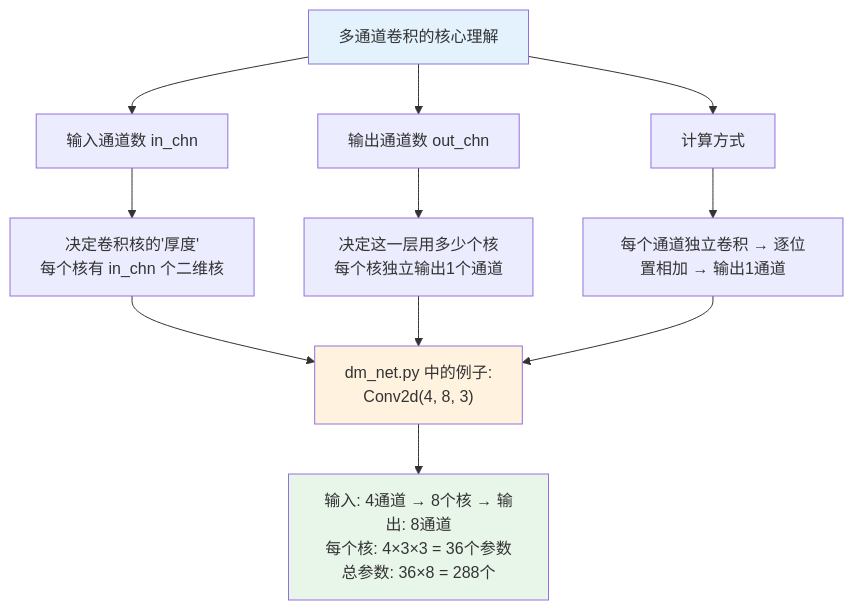
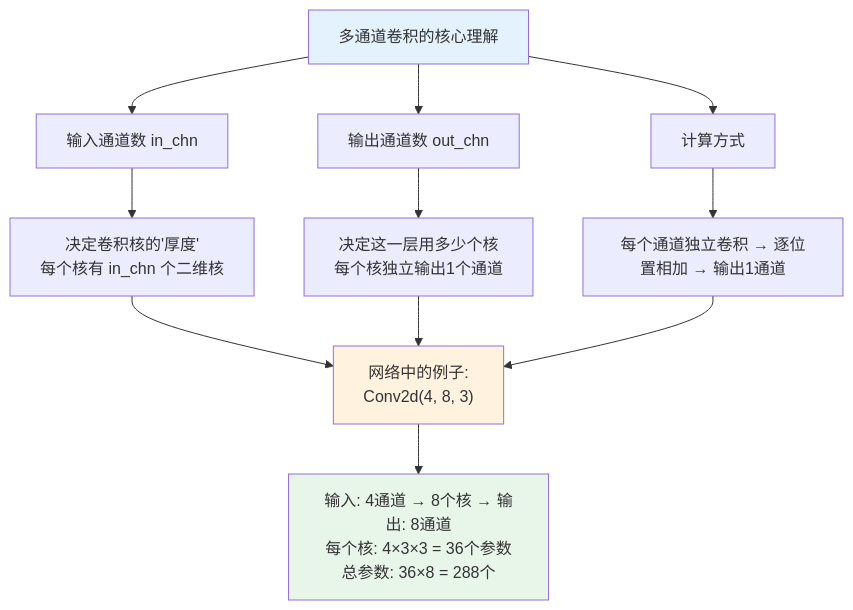
The fourth of 4 diagrams in content/AI/4 深度学习/2.2 多通道卷积.md (bluhuang/blogs-of-bluhuang), drawn with Mermaid before and after one commit. The commit also changed other lines of this file and 58 other files, not shown here.

````diff
--- a/content/AI/4 深度学习/2.2 多通道卷积.md
+++ b/content/AI/4 深度学习/2.2 多通道卷积.md
@@ -516,20 +516,20 @@
 ```mermaid
 flowchart TD
     A[多通道卷积的核心理解] --> B[输入通道数 in_chn]
     A --> C[输出通道数 out_chn]
     A --> D[计算方式]
     
     B --> B1["决定卷积核的'厚度'<br/>每个核有 in_chn 个二维核"]
     C --> C1["决定这一层用多少个核<br/>每个核独立输出1个通道"]
     D --> D1["每个通道独立卷积 → 逐位置相加 → 输出1通道"]
     
-    B1 --> E["dm_net.py 中的例子:<br/>Conv2d(4, 8, 3)"]
+    B1 --> E["网络中的例子:<br/>Conv2d(4, 8, 3)"]
     C1 --> E
     D1 --> E
     
     E --> F["输入: 4通道 → 8个核 → 输出: 8通道<br/>每个核: 4×3×3 = 36个参数<br/>总参数: 36×8 = 288个"]
     
     style A fill:#e3f2fd
     style E fill:#fff3e0
     style F fill:#e8f5e9
 ```
````
